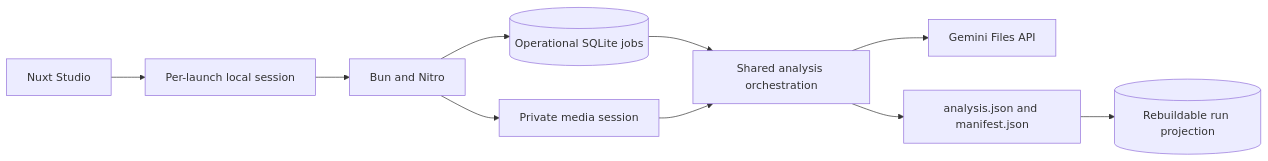
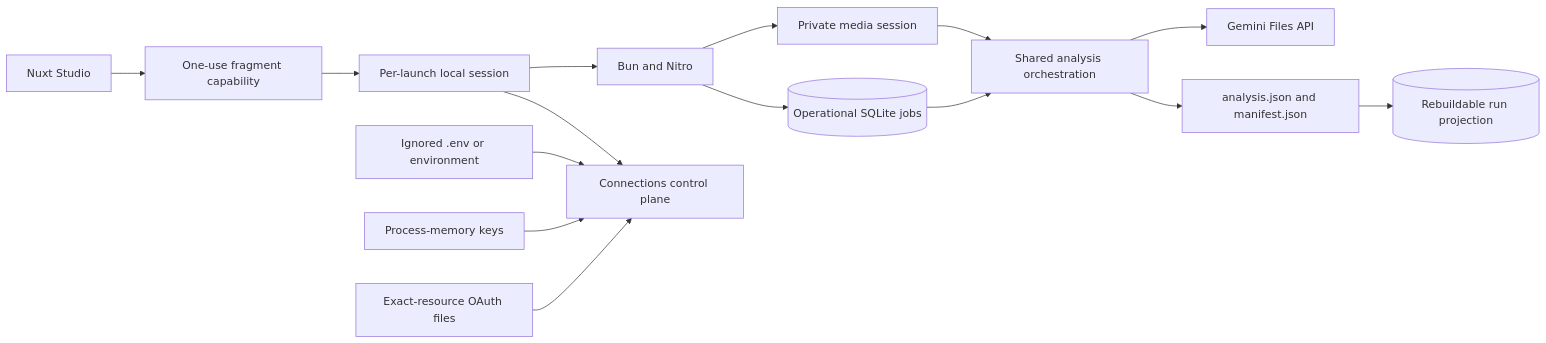
One commit to jchu96/frame-of-mind changed the seventh of 8 diagrams in docs/ARCHITECTURE.md. Above: the diagram before and after it, drawn with Mermaid. The commit also changed other lines of this file and 27 other files, not shown here.

````diff
--- a/docs/ARCHITECTURE.md
+++ b/docs/ARCHITECTURE.md
@@ -575,21 +576,30 @@
 ```mermaid
 flowchart LR
     Browser[Nuxt Studio]
+    Fragment[One-use fragment capability]
     Session[Per-launch local session]
+    Connections[Connections control plane]
+    Environment[Ignored .env or environment]
+    Memory[Process-memory keys]
+    OAuth[Exact-resource OAuth files]
     Bun[Bun and Nitro]
     Media[Private media session]
     Jobs[(Operational SQLite jobs)]
     Core[Shared analysis orchestration]
     Gemini[Gemini Files API]
     Pair[analysis.json and manifest.json]
     Runs[(Rebuildable run projection)]
 
-    Browser --> Session --> Bun
+    Browser --> Fragment --> Session --> Bun
+    Session --> Connections
+    Environment --> Connections
+    Memory --> Connections
+    OAuth --> Connections
     Bun --> Media
     Bun --> Jobs
     Jobs --> Core
     Media --> Core
     Core --> Gemini
     Core --> Pair
     Pair --> Runs
 ```
````
